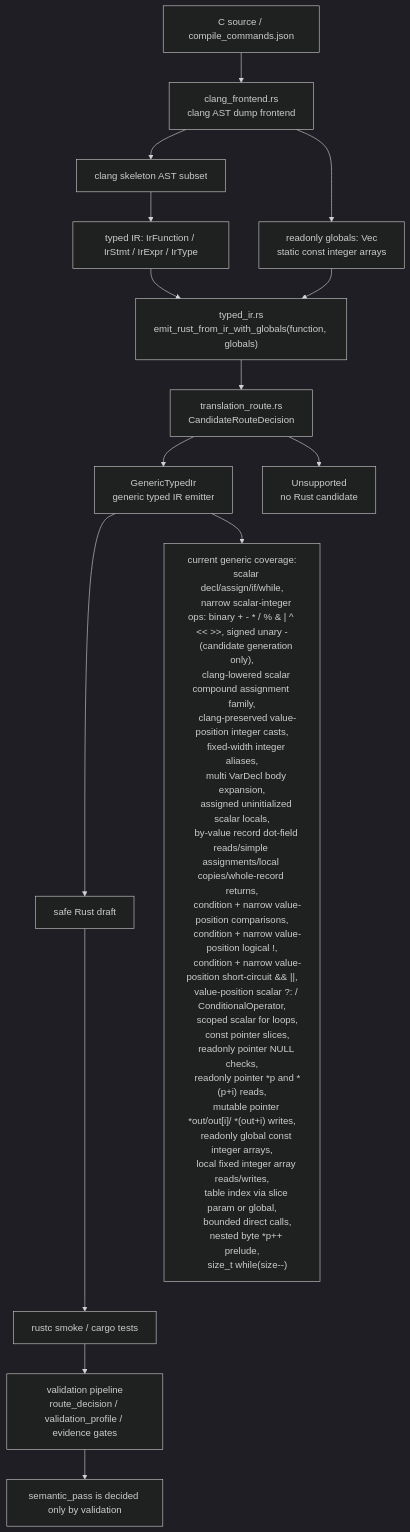
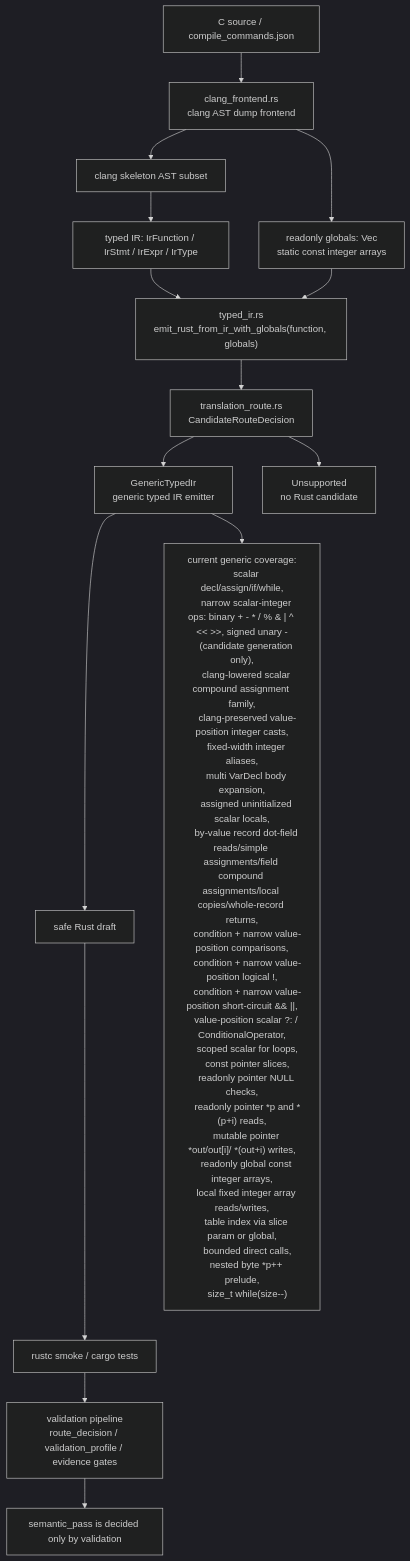
The diagram in docs/c2rust-migration-agent/core-translation-architecture.en.md (guoqihan342-svg/c-to-rust), drawn with Mermaid (dark theme) before and after one commit. The commit also changed other lines of this file and 10 other files, not shown here.

Commit message:
feat: emit record field compound assignment

````diff
--- a/docs/c2rust-migration-agent/core-translation-architecture.en.md
+++ b/docs/c2rust-migration-agent/core-translation-architecture.en.md
@@ -7,42 +7,42 @@
 ```mermaid
 flowchart TD
     C["C source / compile_commands.json"] --> Clang["clang_frontend.rs<br/>clang AST dump frontend"]
     Clang --> Skeleton["clang skeleton AST subset"]
     Skeleton --> IR["typed IR: IrFunction / IrStmt / IrExpr / IrType"]
     Clang --> Globals["readonly globals: Vec<IrGlobal><br/>static const integer arrays"]
     IR --> EmitCtx["typed_ir.rs<br/>emit_rust_from_ir_with_globals(function, globals)"]
     Globals --> EmitCtx
     EmitCtx --> RouteMeta["translation_route.rs<br/>CandidateRouteDecision"]
     RouteMeta --> Generic["GenericTypedIr<br/>generic typed IR emitter"]
     RouteMeta --> Unsupported["Unsupported<br/>no Rust candidate"]
     Generic --> Rust["safe Rust draft"]
     Rust --> Rustc["rustc smoke / cargo tests"]
     Rustc --> Validation["validation pipeline<br/>route_decision / validation_profile / evidence gates"]
 
     Generic --> Supported["current generic coverage:
     scalar decl/assign/if/while,
     narrow scalar-integer ops: binary + - * / % & | ^ << >>, signed unary -
     (candidate generation only),
     clang-lowered scalar compound assignment family,
     clang-preserved value-position integer casts,
     fixed-width integer aliases,
     multi VarDecl body expansion,
     assigned uninitialized scalar locals,
-    by-value record dot-field reads/simple assignments/local copies/whole-record returns,
+    by-value record dot-field reads/simple assignments/field compound assignments/local copies/whole-record returns,
     condition + narrow value-position comparisons,
     condition + narrow value-position logical !,
     condition + narrow value-position short-circuit && ||,
     value-position scalar ?: / ConditionalOperator,
     scoped scalar for loops,
     const pointer slices,
     readonly pointer NULL checks,
     readonly pointer *p and *(p+i) reads,
     mutable pointer *out/out[i]/ *(out+i) writes,
     readonly global const integer arrays,
     local fixed integer array reads/writes,
     table index via slice param or global,
     bounded direct calls,
     nested byte *p++ prelude,
     size_t while(size--)"]
     Validation --> Semantic["semantic_pass is decided only by validation"]
 ```
````
